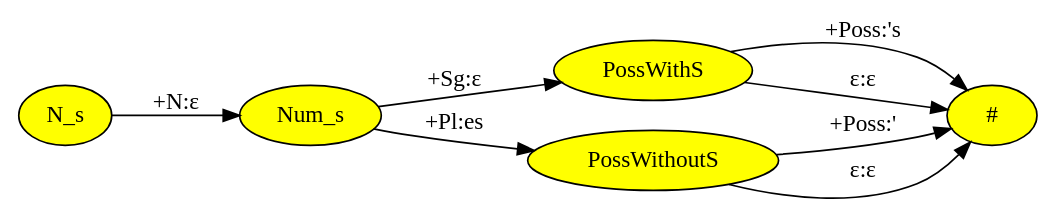
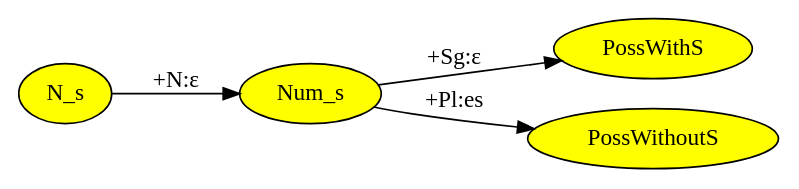
The diagram in Lecture1/ns_paradigm.dot (eaxelson/compmorph-course), drawn with Graphviz before and after one commit.

Commit message:
Remove extra transitions.

```diff
--- a/Lecture1/ns_paradigm.dot
+++ b/Lecture1/ns_paradigm.dot
@@ -1,17 +1,13 @@
 // This graph generated with hfst-fst2txt
 digraph "text(<stdin>)" {
 charset = UTF8;
 rankdir = LR;
 node [shape=ellipse,style=filled,fillcolor=yellow]
 "N_s" [label="N_s"] 
 "Num_s" [label="Num_s"] 
 "PossWithS" [label="PossWithS"] 
 "PossWithoutS" [label="PossWithoutS"] 
 "N_s" -> "Num_s" [label="+N:ε "];
 "Num_s" -> "PossWithS" [label="+Sg:ε "];
 "Num_s" -> "PossWithoutS" [label="+Pl:es "];
-"PossWithS" -> "#" [label="+Poss:'s "];
-"PossWithS" -> "#" [label="ε:ε "];
-"PossWithoutS" -> "#" [label="+Poss:' "];
-"PossWithoutS" -> "#" [label="ε:ε "];
 }
```
